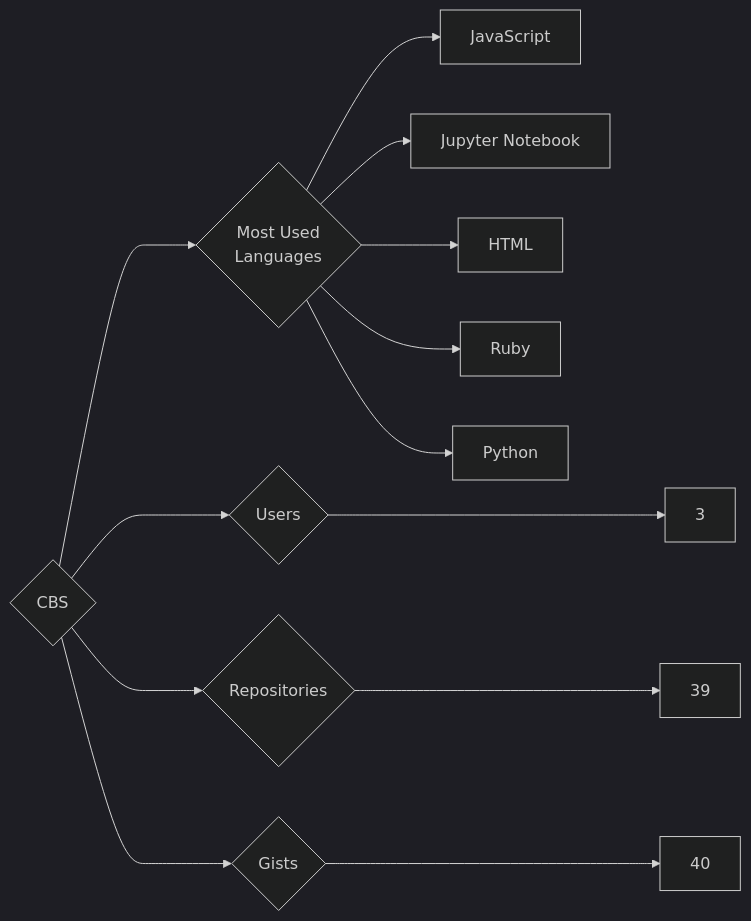
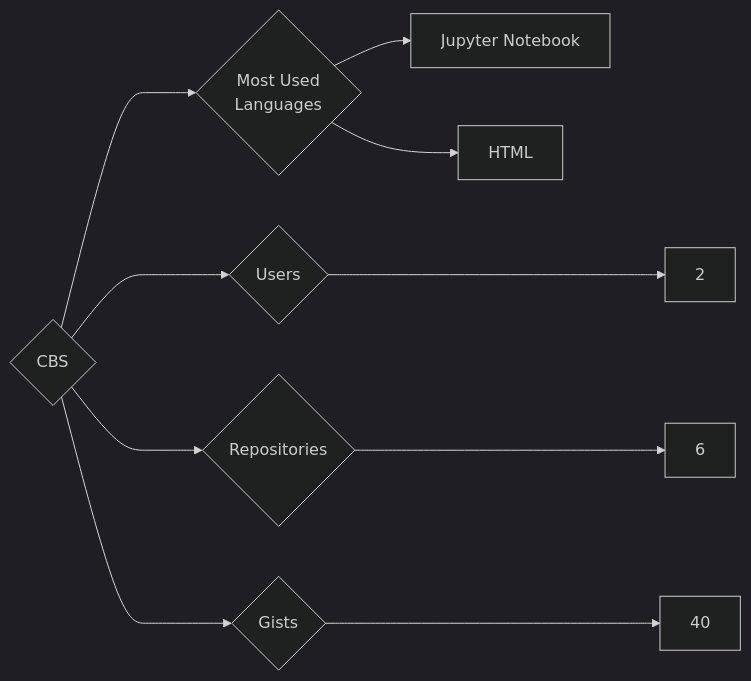
The diagram in targets/CBS/README.md (trickest/insiders), drawn with Mermaid (dark theme) before and after one commit. The commit also changed 944 other files, not shown here.

````diff
--- a/targets/CBS/README.md
+++ b/targets/CBS/README.md
@@ -3,13 +3,10 @@
 ```mermaid
 graph LR
 COMPANY_NAME{CBS}
-COMPANY_NAME ---> U{Users} ---> UN[3]
-COMPANY_NAME ---> R{Repositories} ---> RN[39]
+COMPANY_NAME ---> U{Users} ---> UN[2]
+COMPANY_NAME ---> R{Repositories} ---> RN[6]
 COMPANY_NAME ---> G{Gists} ---> GN[40]
 COMPANY_NAME ---> ML{Most Used<br>Languages}
-ML --> JavaScript[JavaScript]
 ML --> Jupyter_Notebook[Jupyter Notebook]
 ML --> HTML[HTML]
-ML --> Ruby[Ruby]
-ML --> Python[Python]
 ```
````
